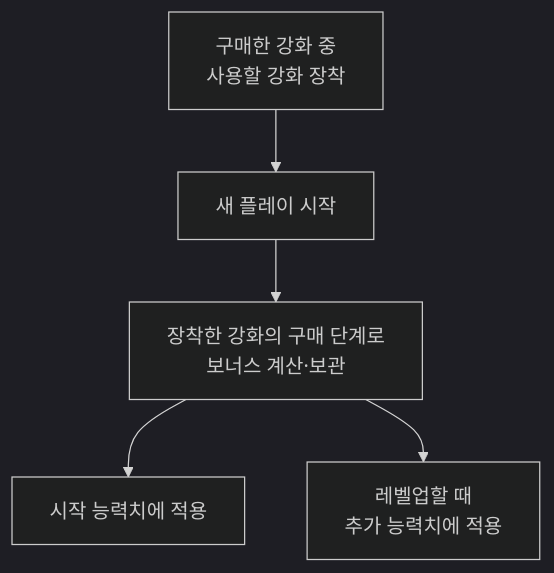
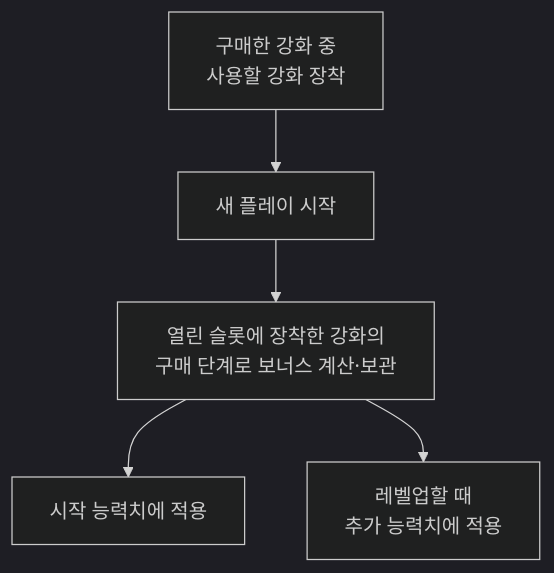
Before and after one commit to limrum09/GroupATeamProject-Portfolio: the first of 3 diagrams in README.md, drawn with Mermaid (dark theme). The commit also changed other lines of this file, not shown here.

````diff
--- a/README.md
+++ b/README.md
@@ -51,7 +72,7 @@
 ```mermaid
 flowchart TD
     A["구매한 강화 중<br/>사용할 강화 장착"] --> B["새 플레이 시작"]
-    B --> C["장착한 강화의 구매 단계로<br/>보너스 계산·보관"]
+    B --> C["열린 슬롯에 장착한 강화의<br/>구매 단계로 보너스 계산·보관"]
     C --> D["시작 능력치에 적용"]
     C --> E["레벨업할 때<br/>추가 능력치에 적용"]
 ```
````
